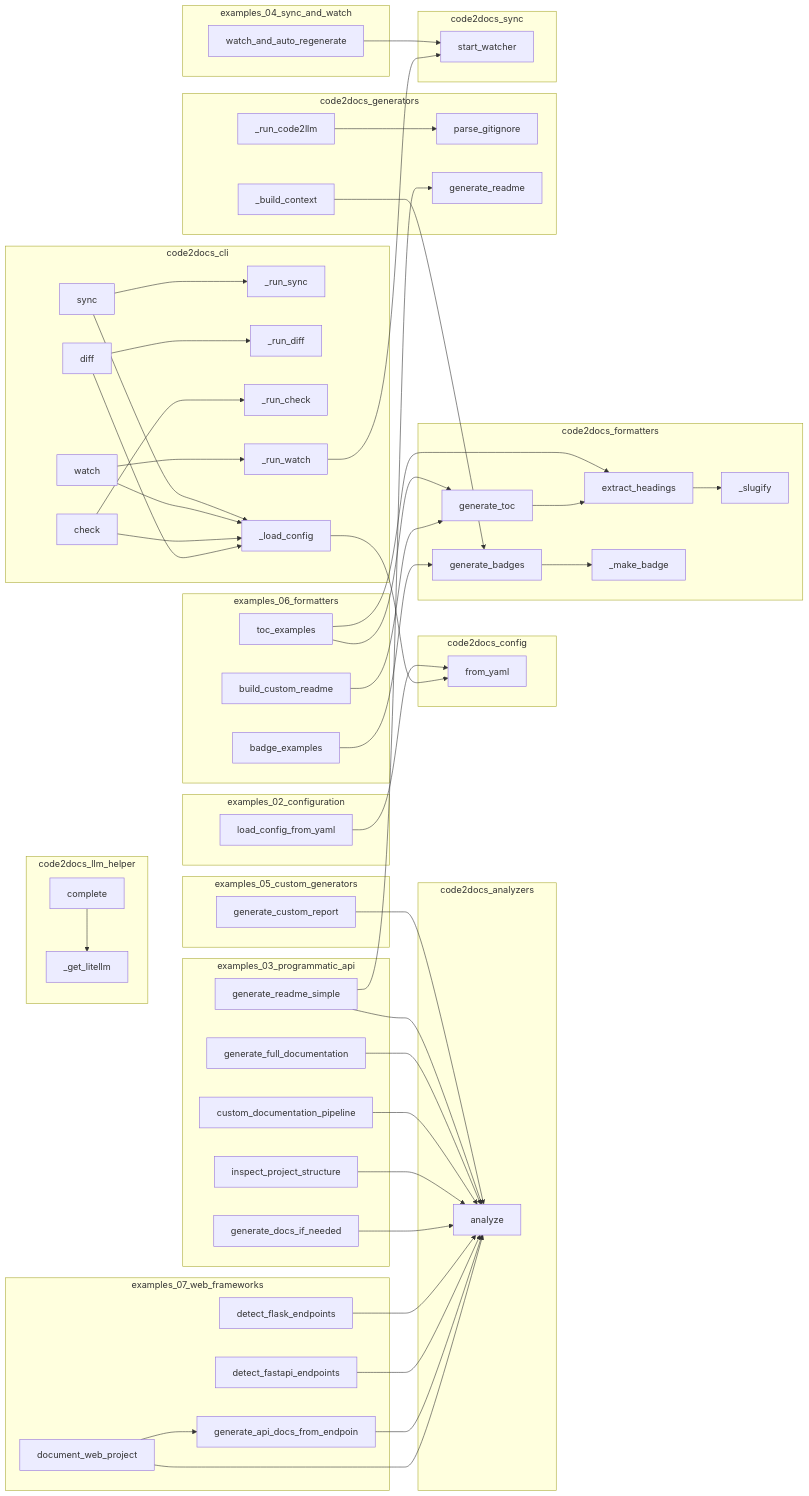
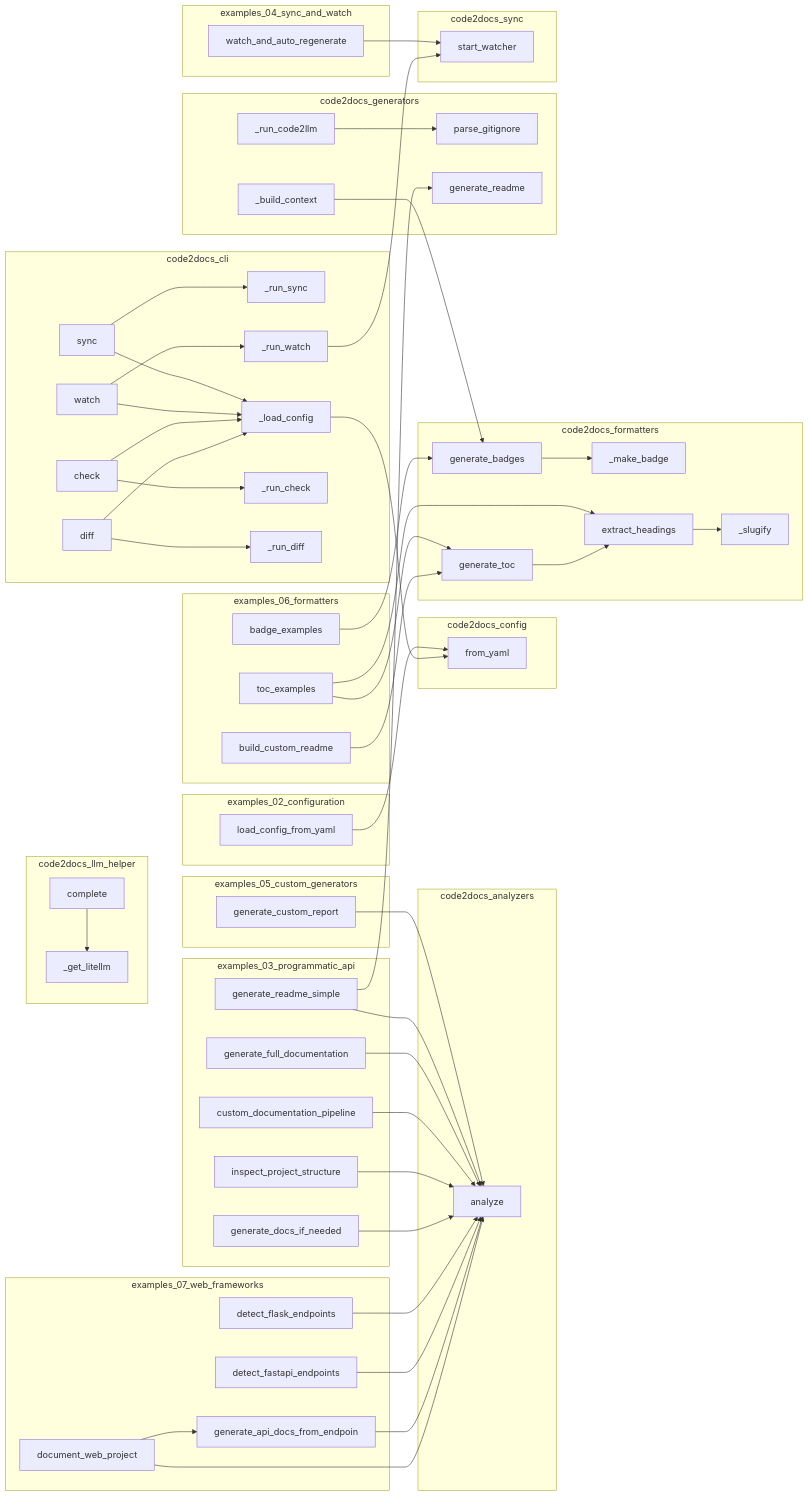
Before and after one commit to wronai/code2docs: the diagram in project/calls.mmd, drawn with Mermaid. The commit also changed other lines of this file and 20 other files, not shown here.

```diff
--- a/project/calls.mmd
+++ b/project/calls.mmd
@@ -1,99 +1,99 @@
 flowchart LR
     subgraph code2docs_analyzers
         code2docs__analyze["analyze"]
     end
     subgraph code2docs_cli
         code2docs__cli___run_sync["_run_sync"]
+        code2docs__cli__sync["sync"]
+        code2docs__cli___run_watch["_run_watch"]
+        code2docs__cli___load_config["_load_config"]
+        code2docs__cli__diff["diff"]
+        code2docs__cli__check["check"]
+        code2docs__cli__watch["watch"]
+        code2docs__cli___run_check["_run_check"]
         code2docs__cli___run_diff["_run_diff"]
-        code2docs__cli__diff["diff"]
-        code2docs__cli___run_check["_run_check"]
-        code2docs__cli__watch["watch"]
-        code2docs__cli__check["check"]
-        code2docs__cli___run_watch["_run_watch"]
-        code2docs__cli__sync["sync"]
-        code2docs__cli___load_config["_load_config"]
     end
     subgraph code2docs_config
         code2docs__config__Code2DocsConfig__from_yaml["from_yaml"]
     end
     subgraph code2docs_formatters
+        code2docs__formatters__badges___make_badge["_make_badge"]
+        code2docs__formatters__toc__generate_toc["generate_toc"]
+        code2docs__formatters__badges__generate_badges["generate_badges"]
+        code2docs__formatters__toc___slugify["_slugify"]
         code2docs__formatters__toc__extract_headings["extract_headings"]
-        code2docs__formatters__badges___make_badge["_make_badge"]
-        code2docs__formatters__toc___slugify["_slugify"]
-        code2docs__formatters__badges__generate_badges["generate_badges"]
-        code2docs__formatters__toc__generate_toc["generate_toc"]
     end
     subgraph code2docs_generators
+        code2docs___run_code2llm["_run_code2llm"]
+        code2docs___build_context["_build_context"]
         code2docs__parse_gitignore["parse_gitignore"]
-        code2docs___build_context["_build_context"]
-        code2docs___run_code2llm["_run_code2llm"]
         code2docs__generators__readme_gen__generate_readme["generate_readme"]
     end
     subgraph code2docs_llm_helper
         code2docs__llm_helper__LLMHelper__complete["complete"]
         code2docs__llm_helper___get_litellm["_get_litellm"]
     end
     subgraph code2docs_sync
         code2docs__sync__watcher__start_watcher["start_watcher"]
     end
     subgraph examples_02_configuration
         examples__02_configuration__load_config_from_yaml["load_config_from_yaml"]
     end
     subgraph examples_03_programmatic_api
         examples__generate_readme_simple["generate_readme_simple"]
+        examples__generate_docs_if_needed["generate_docs_if_needed"]
+        examples__inspect_project_structure["inspect_project_structure"]
         examples__generate_full_documentation["generate_full_documentation"]
-        examples__inspect_project_structure["inspect_project_structure"]
-        examples__generate_docs_if_needed["generate_docs_if_needed"]
         examples__custom_documentation_pipeline["custom_documentation_pipeline"]
     end
     subgraph examples_04_sync_and_watch
         examples__watch_and_auto_regenerate["watch_and_auto_regenerate"]
     end
     subgraph examples_05_custom_generators
         examples__generate_custom_report["generate_custom_report"]
     end
     subgraph examples_06_formatters
+        examples__06_formatters__badge_examples["badge_examples"]
         examples__06_formatters__build_custom_readme["build_custom_readme"]
         examples__06_formatters__toc_examples["toc_examples"]
-        examples__06_formatters__badge_examples["badge_examples"]
     end
     subgraph examples_07_web_frameworks
+        examples__detect_flask_endpoints["detect_flask_endpoints"]
         examples__detect_fastapi_endpoints["detect_fastapi_endpoints"]
+        examples__generate_api_docs_from_endpoints["generate_api_docs_from_endpoin"]
         examples__07_web_frameworks__document_web_project["document_web_project"]
-        examples__generate_api_docs_from_endpoints["generate_api_docs_from_endpoin"]
-        examples__detect_flask_endpoints["detect_flask_endpoints"]
     end
     code2docs__llm_helper__LLMHelper__complete --> code2docs__llm_helper___get_litellm
     examples__watch_and_auto_regenerate --> code2docs__sync__watcher__start_watcher
     examples__generate_custom_report --> code2docs__analyze
     examples__06_formatters__badge_examples --> code2docs__formatters__badges__generate_badges
     examples__06_formatters__toc_examples --> code2docs__formatters__toc__generate_toc
     examples__06_formatters__toc_examples --> code2docs__formatters__toc__extract_headings
     examples__06_formatters__build_custom_readme --> code2docs__formatters__toc__generate_toc
     examples__generate_readme_simple --> code2docs__analyze
     examples__generate_readme_simple --> code2docs__generators__readme_gen__generate_readme
     examples__generate_full_documentation --> code2docs__analyze
     examples__custom_documentation_pipeline --> code2docs__analyze
     examples__inspect_project_structure --> code2docs__analyze
     examples__generate_docs_if_needed --> code2docs__analyze
     examples__detect_flask_endpoints --> code2docs__analyze
     examples__detect_fastapi_endpoints --> code2docs__analyze
     examples__generate_api_docs_from_endpoints --> code2docs__analyze
     examples__07_web_frameworks__document_web_project --> code2docs__analyze
     examples__07_web_frameworks__document_web_project --> examples__generate_api_docs_from_endpoints
     examples__02_configuration__load_config_from_yaml --> code2docs__config__Code2DocsConfig__from_yaml
     code2docs__formatters__badges__generate_badges --> code2docs__formatters__badges___make_badge
     code2docs__formatters__toc__generate_toc --> code2docs__formatters__toc__extract_headings
     code2docs__formatters__toc__extract_headings --> code2docs__formatters__toc___slugify
     code2docs___run_code2llm --> code2docs__parse_gitignore
     code2docs___build_context --> code2docs__formatters__badges__generate_badges
     code2docs__cli__sync --> code2docs__cli___load_config
     code2docs__cli__sync --> code2docs__cli___run_sync
     code2docs__cli__watch --> code2docs__cli___load_config
     code2docs__cli__watch --> code2docs__cli___run_watch
     code2docs__cli__check --> code2docs__cli___load_config
     code2docs__cli__check --> code2docs__cli___run_check
     code2docs__cli__diff --> code2docs__cli___load_config
     code2docs__cli__diff --> code2docs__cli___run_diff
     code2docs__cli___load_config --> code2docs__config__Code2DocsConfig__from_yaml
     code2docs__cli___run_watch --> code2docs__sync__watcher__start_watcher
```
